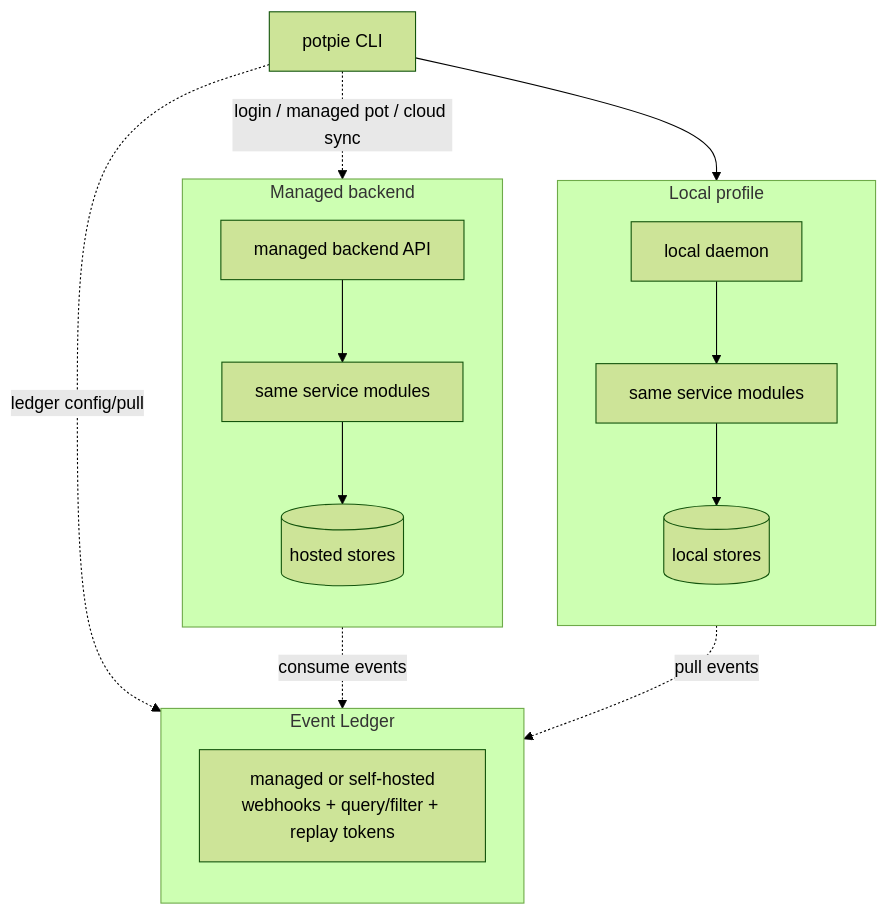
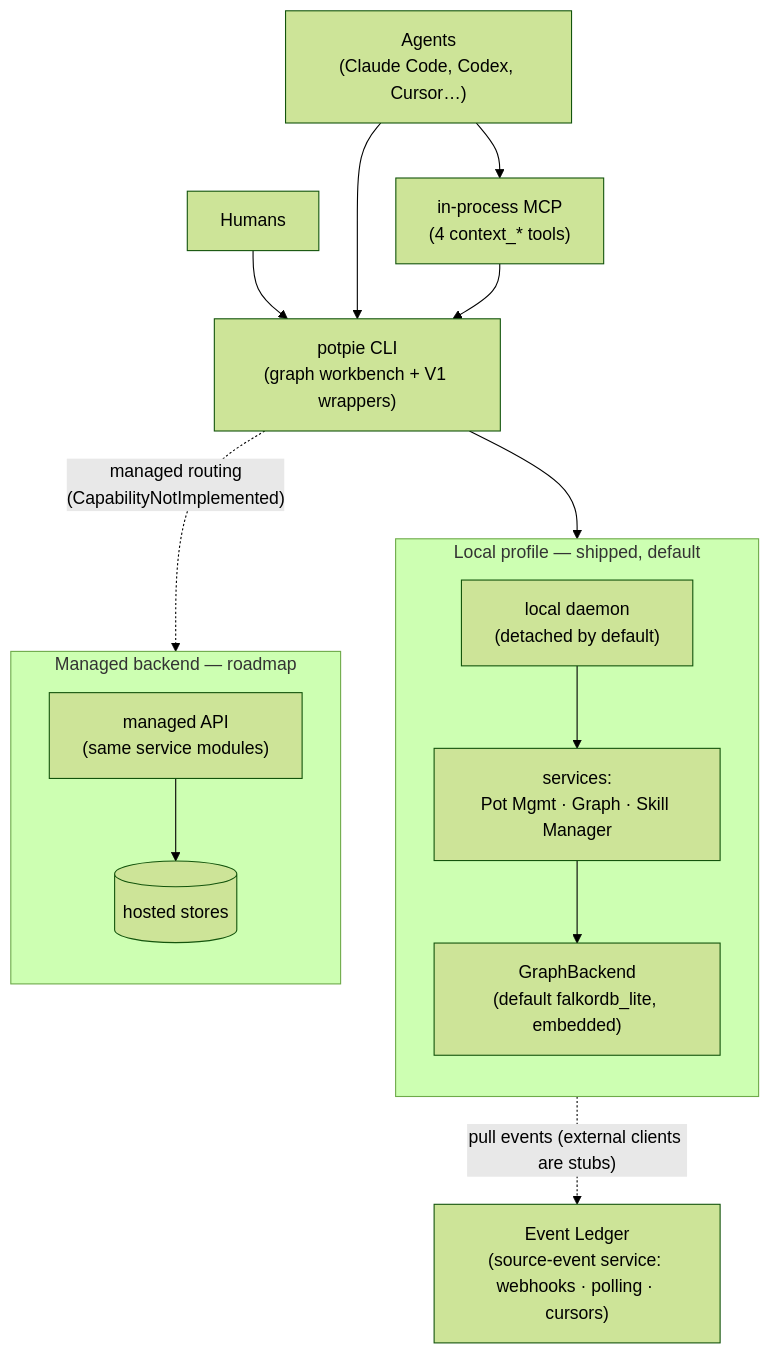
One commit to potpie-ai/potpie changed the diagram in docs/context-graph/README.md. Above: the diagram before and after it, drawn with Mermaid (forest theme). The commit also changed other lines of this file and 15 other files, not shown here.

First line of the commit message:
Refresh Context Graph docs (#962)

````diff
--- a/docs/context-graph/README.md
+++ b/docs/context-graph/README.md
@@ -15,31 +16,33 @@
 ```mermaid
 flowchart TB
-  cg_cli["potpie CLI"]
+  cg_human["Humans"]
+  cg_agent["Agents<br/>(Claude Code, Codex, Cursor…)"]
+  cg_cli["potpie CLI<br/>(graph workbench + V1 wrappers)"]
+  cg_mcp["in-process MCP<br/>(4 context_* tools)"]
 
-  subgraph cg_local_profile["Local profile"]
+  cg_human --> cg_cli
+  cg_agent --> cg_cli
+  cg_agent --> cg_mcp
+  cg_mcp --> cg_cli
+
+  subgraph cg_local["Local profile — shipped, default"]
     direction TB
-    cg_local_daemon["local daemon"]
-    cg_local_services["same service modules"]
-    cg_local_store[("local stores")]
-    cg_local_daemon --> cg_local_services --> cg_local_store
+    cg_daemon["local daemon<br/>(detached by default)"]
+    cg_services["services:<br/>Pot Mgmt · Graph · Skill Manager"]
+    cg_backend["GraphBackend<br/>(default falkordb_lite, embedded)"]
+    cg_daemon --> cg_services --> cg_backend
   end
 
-  subgraph cg_managed_profile["Managed backend"]
+  subgraph cg_managed["Managed backend — roadmap"]
     direction TB
-    cg_managed_api["managed backend API"]
-    cg_managed_services["same service modules"]
-    cg_hosted_store[("hosted stores")]
-    cg_managed_api --> cg_managed_services --> cg_hosted_store
+    cg_api["managed API<br/>(same service modules)"]
+    cg_hosted[("hosted stores")]
+    cg_api --> cg_hosted
   end
 
-  subgraph cg_event_ledger["Event Ledger"]
-    direction TB
-    cg_ledger["managed or self-hosted<br/>webhooks + query/filter + replay tokens"]
-  end
+  cg_ledger["Event Ledger<br/>(source-event service: webhooks · polling · cursors)"]
 
-  cg_cli --> cg_local_daemon
-  cg_cli -. "login / managed pot / cloud sync" .-> cg_managed_api
-  cg_cli -. "ledger config/pull" .-> cg_ledger
-  cg_local_services -. "pull events" .-> cg_ledger
-  cg_managed_services -. "consume events" .-> cg_ledger
+  cg_cli --> cg_daemon
+  cg_cli -. "managed routing<br/>(CapabilityNotImplemented)" .-> cg_api
+  cg_services -. "pull events (external clients are stubs)" .-> cg_ledger
 ```
````
